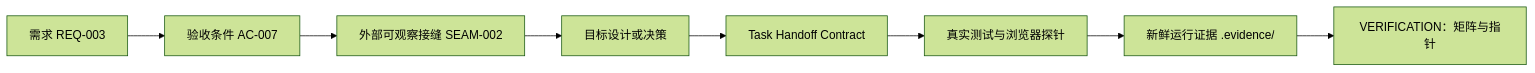
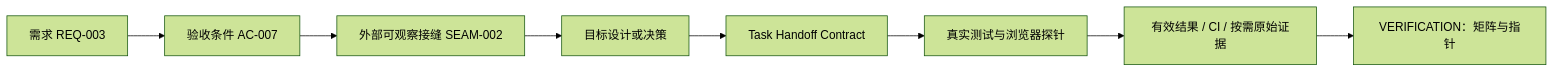
One commit to sz-xiaohuolong/vibe-workflow changed the fourth of 4 diagrams in docs/USER_GUIDE.zh-CN.md. Above: the diagram before and after it, drawn with Mermaid (forest theme). The commit also changed other lines of this file and 19 other files, not shown here.

````diff
--- a/docs/USER_GUIDE.zh-CN.md
+++ b/docs/USER_GUIDE.zh-CN.md
@@ -85,10 +85,10 @@
 ```mermaid
 flowchart LR
     REQ[需求 REQ-003] --> AC[验收条件 AC-007]
     AC --> SEAM[外部可观察接缝 SEAM-002]
     SEAM --> DS[目标设计或决策]
     DS --> TK[Task Handoff Contract]
     TK --> TEST[真实测试与浏览器探针]
-    TEST --> EV[新鲜运行证据 .evidence/]
+    TEST --> EV[有效结果 / CI / 按需原始证据]
     EV --> VR[VERIFICATION：矩阵与指针]
 ```
````
